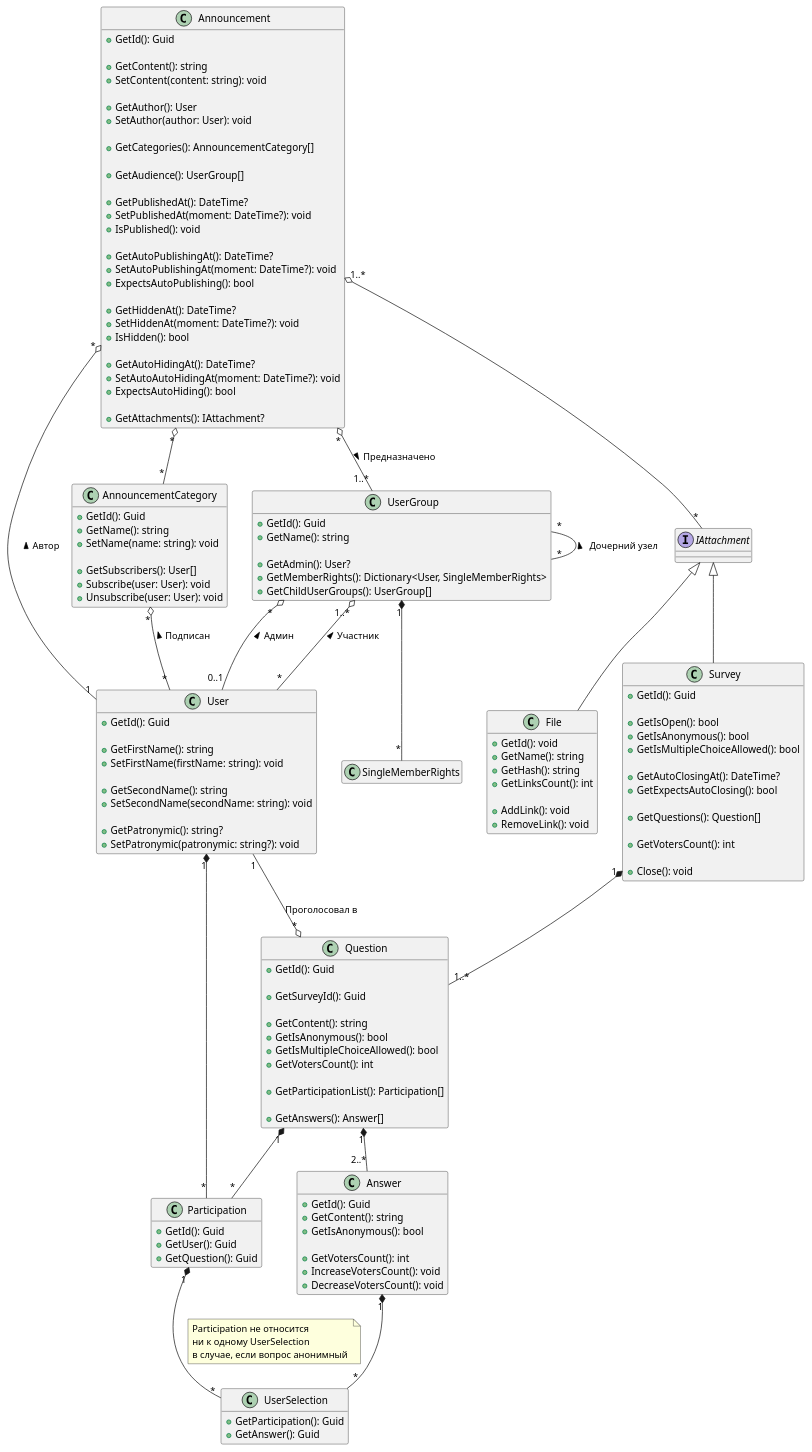
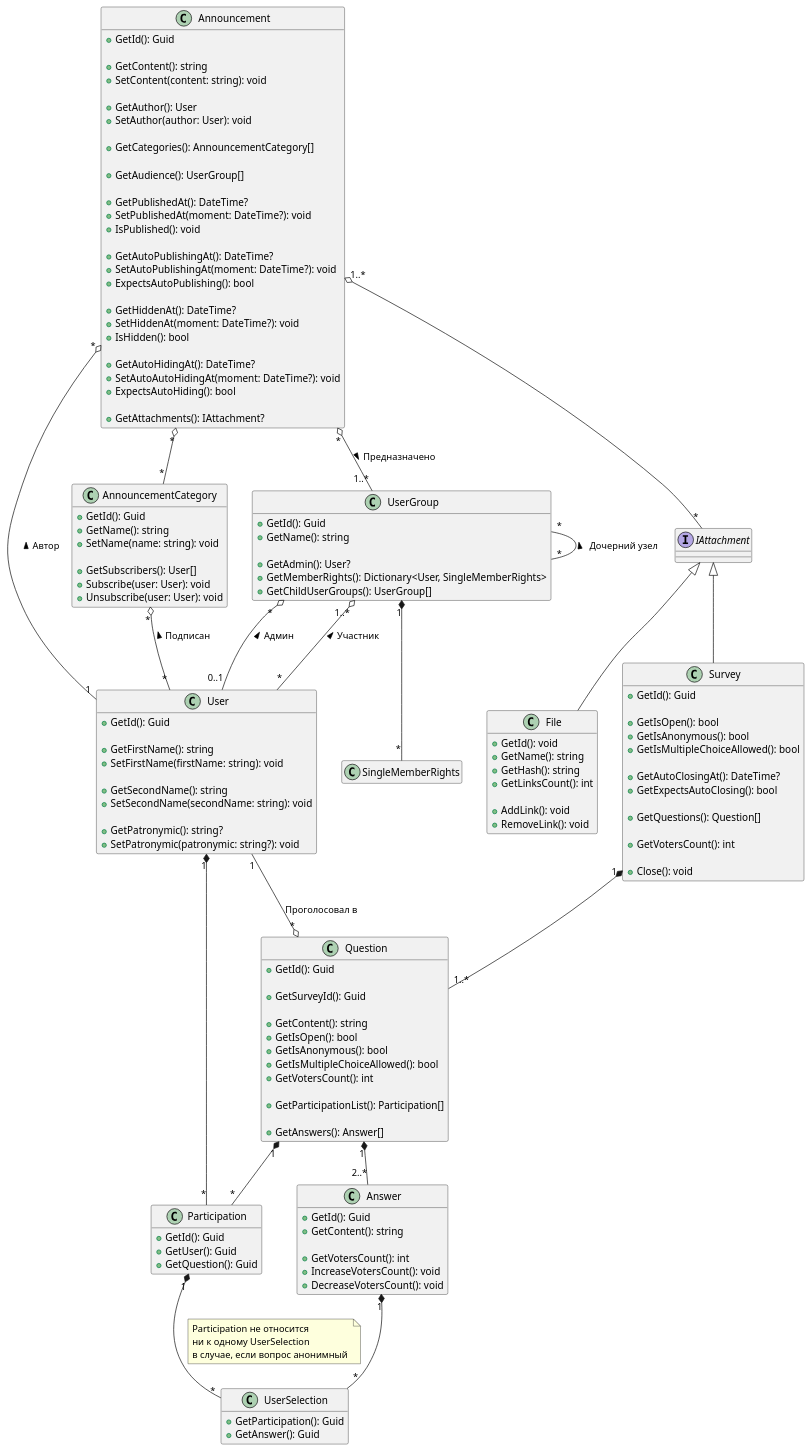
Before and after one commit to astu-app/ASTU-Bulletin-Board-Server: the diagram in doc/Диаграммы/class.puml, drawn with PlantUML. The commit also changed 1 other file, not shown here.

```diff
--- a/doc/Диаграммы/class.puml
+++ b/doc/Диаграммы/class.puml
@@ -1,175 +1,175 @@
 @startuml
 'https://plantuml.com/class-diagram
 
 'left to right direction
 
 class Announcement {
     + GetId(): Guid
     
     + GetContent(): string
     + SetContent(content: string): void
     
     + GetAuthor(): User
     + SetAuthor(author: User): void
     
     + GetCategories(): AnnouncementCategory[] 
     
     + GetAudience(): UserGroup[]
     
     + GetPublishedAt(): DateTime?
     + SetPublishedAt(moment: DateTime?): void
     + IsPublished(): void
     
     + GetAutoPublishingAt(): DateTime?
     + SetAutoPublishingAt(moment: DateTime?): void
     + ExpectsAutoPublishing(): bool
     
     + GetHiddenAt(): DateTime?
     + SetHiddenAt(moment: DateTime?): void
     + IsHidden(): bool
     
     + GetAutoHidingAt(): DateTime?
     + SetAutoAutoHidingAt(moment: DateTime?): void
     + ExpectsAutoHiding(): bool
     
     + GetAttachments(): IAttachment?
 }
 hide Announcement fields
 
 class AnnouncementCategory {
     + GetId(): Guid
     + GetName(): string
     + SetName(name: string): void
     
     + GetSubscribers(): User[]
     + Subscribe(user: User): void
     + Unsubscribe(user: User): void
 }
 hide AnnouncementCategory fields
 Announcement "*" o-- "*" AnnouncementCategory
 
 interface IAttachment {
     
 }
 Announcement "1..*" o-- "*" IAttachment
 
 class File extends IAttachment {
     + GetId(): void
     + GetName(): string    
     + GetHash(): string
     + GetLinksCount(): int
     
     + AddLink(): void
     + RemoveLink(): void
 }
 hide File fields
 
 class UserGroup {
     + GetId(): Guid
     + GetName(): string
     
     + GetAdmin(): User?
     + GetMemberRights(): Dictionary<User, SingleMemberRights>
     + GetChildUserGroups(): UserGroup[]
 }
 hide UserGroup fields
 UserGroup "*" -- "*" UserGroup : < Дочерний узел
 Announcement "*" o-- "1..*" UserGroup : > Предназначено
 
 class SingleMemberRights {
     ' todo продумать права
 }
 hide SingleMemberRights members
 UserGroup "1" *-- "*" SingleMemberRights
 
 class User {
     + GetId(): Guid
     
     + GetFirstName(): string
     + SetFirstName(firstName: string): void
     
     + GetSecondName(): string
     + SetSecondName(secondName: string): void
     
     + GetPatronymic(): string?
     + SetPatronymic(patronymic: string?): void
 }
 hide User fields
 UserGroup "*" o-- "0..1" User : < Админ
 UserGroup "1..*" o-- "*" User : < Участник
 Announcement "*" o-- "1" User : < Автор
 AnnouncementCategory "*" o-- "*" User : < Подписан
 
 class Survey extends IAttachment {
      + GetId(): Guid
      
      + GetIsOpen(): bool
      + GetIsAnonymous(): bool
      + GetIsMultipleChoiceAllowed(): bool
      
      + GetAutoClosingAt(): DateTime?
      + GetExpectsAutoClosing(): bool
      
      + GetQuestions(): Question[]
      
      + GetVotersCount(): int
      
      + Close(): void
 }
 hide Survey fields
 
 class Question {
     + GetId(): Guid
     
     + GetSurveyId(): Guid
     
     + GetContent(): string
+    + GetIsOpen(): bool
     + GetIsAnonymous(): bool
     + GetIsMultipleChoiceAllowed(): bool
     + GetVotersCount(): int
     
     + GetParticipationList(): Participation[]
     
     + GetAnswers(): Answer[]
 }
 hide Question fields
 User "1" --o "*" Question : Проголосовал в
 Survey "1" *-- "1..*" Question
 
 class Participation {
     + GetId(): Guid
     + GetUser(): Guid
     + GetQuestion(): Guid
 }
 hide Participation fields
 Question "1" *-- "*" Participation
 User "1" *-- "*" Participation
 
 class Answer {
     + GetId(): Guid
     + GetContent(): string
-    + GetIsAnonymous(): bool
     
     + GetVotersCount(): int
     + IncreaseVotersCount(): void
     + DecreaseVotersCount(): void
 }
 hide Answer fields
 Question "1" *-- "2..*" Answer
 
 class UserSelection {
     + GetParticipation(): Guid
     + GetAnswer(): Guid
 }
 hide UserSelection fields
 Answer "1" *-- "*" UserSelection
 Participation "1" *-- "*" UserSelection
 note on link
     Participation не относится
     ни к одному UserSelection
     в случае, если вопрос анонимный 
 end note
 
 
 
 @enduml
```
